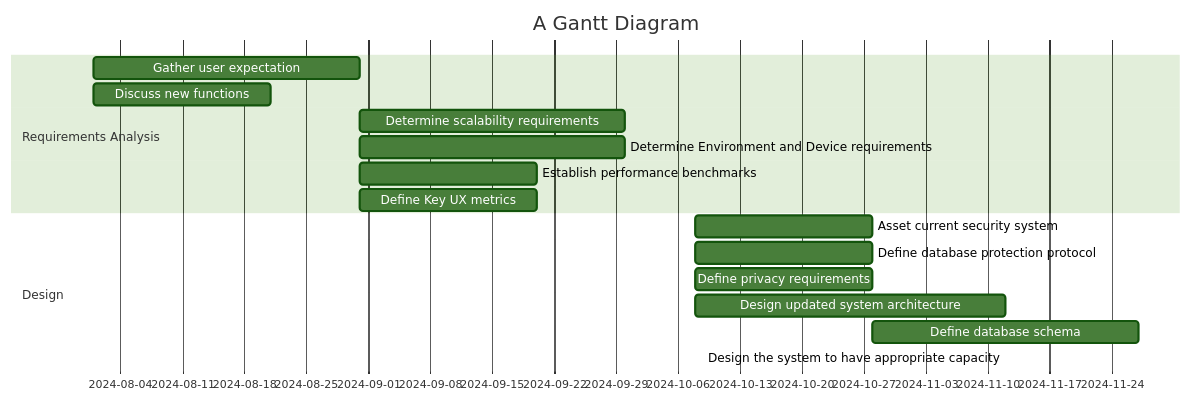
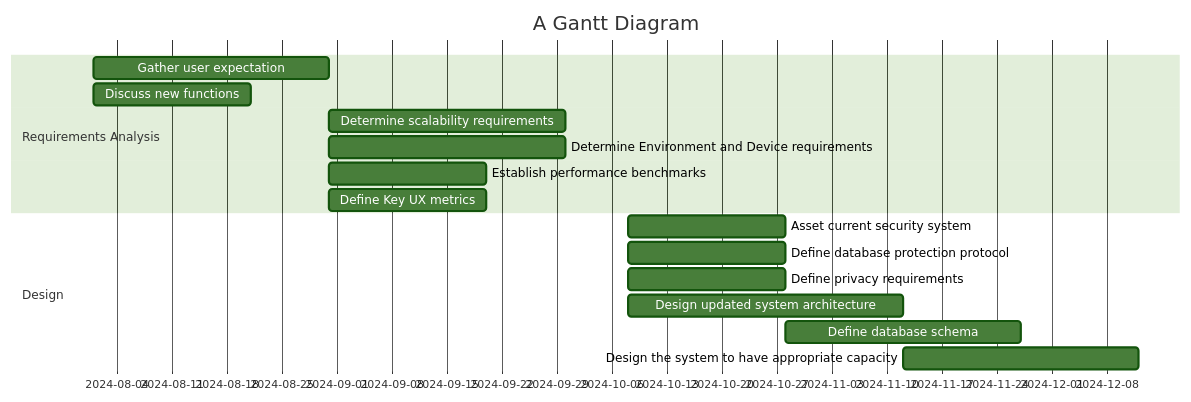
Before and after one commit to sayshelley/iodraw-files: the diagram in all/Untitled-2.md, drawn with Mermaid (forest theme).

Commit message:
2024-10-05 00:23:02 update

````diff
--- a/all/Untitled-2.md
+++ b/all/Untitled-2.md
@@ -1,29 +1,30 @@
 ```mermaid
 gantt
     title A Gantt Diagram
     dateFormat  YYYY-MM-DD
     section Requirements Analysis
         Gather user expectation: a4, 2024-08-01, 30d
         Discuss new functions: a6, 2024-08-01, 20d
         Determine scalability requirements: a1, after a4, 30d
         Determine Environment and Device requirements: a2, after a4, 30d
         Establish performance benchmarks: a3, after a4, 20d
         Define Key UX metrics: a5, after a4, 20d
         
     section Design
         Asset current security system: b1, 2024-10-08, 20d
         Define database protection protocol: b2, 2024-10-08, 20d
         Define privacy requirements: b3, 2024-10-08, 20d
         Design updated system architecture: b4, 2024-10-08, 35d
         Define database schema: b5, after b2, 30d
-        Design the system to have appropriate capacity: b6, after b4, 
+        Design the system to have appropriate capacity: b6, after b4, 30d
+        
 
 
     section Develop
 
 
     
 
 
    
 ```
````
